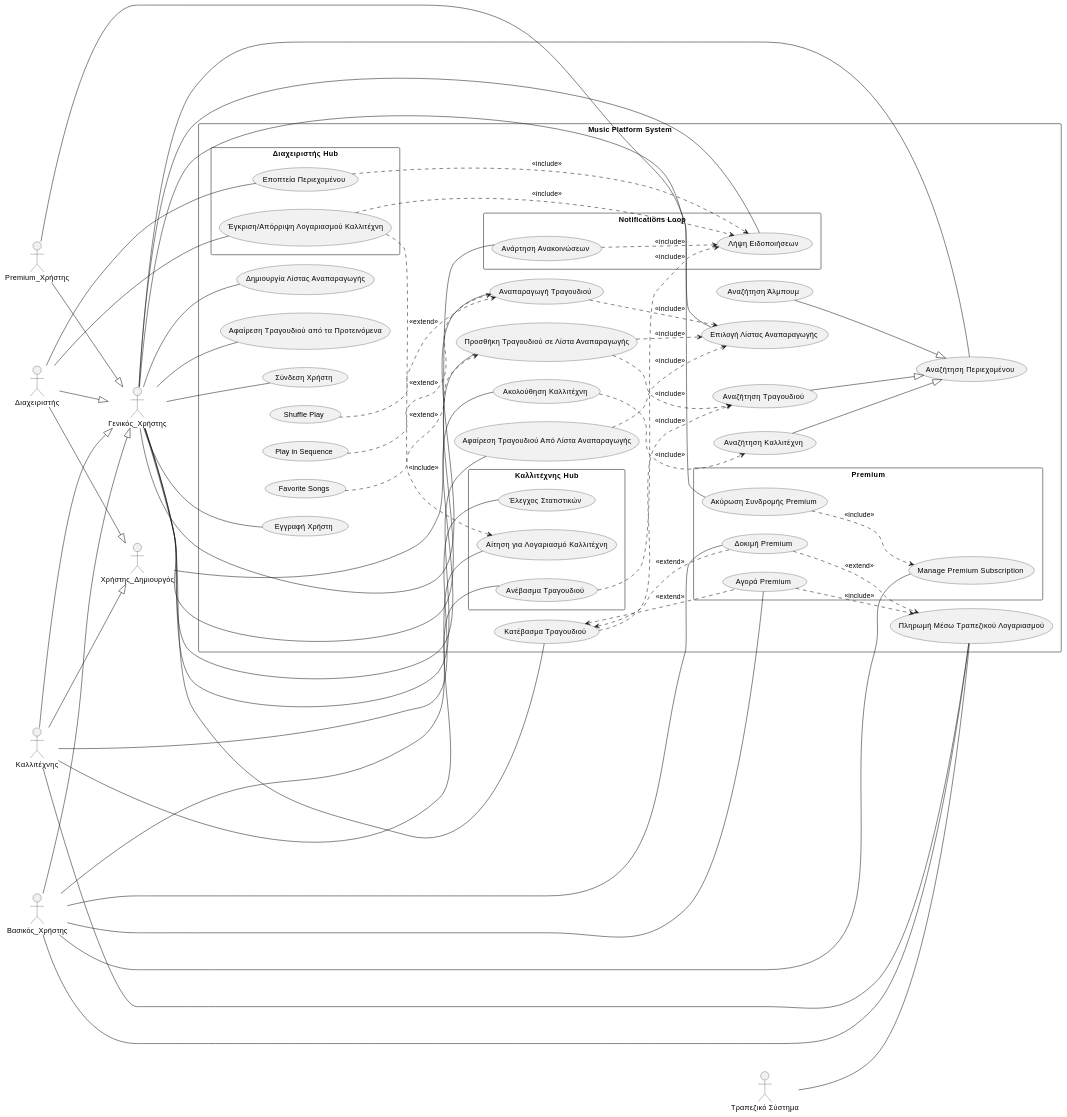
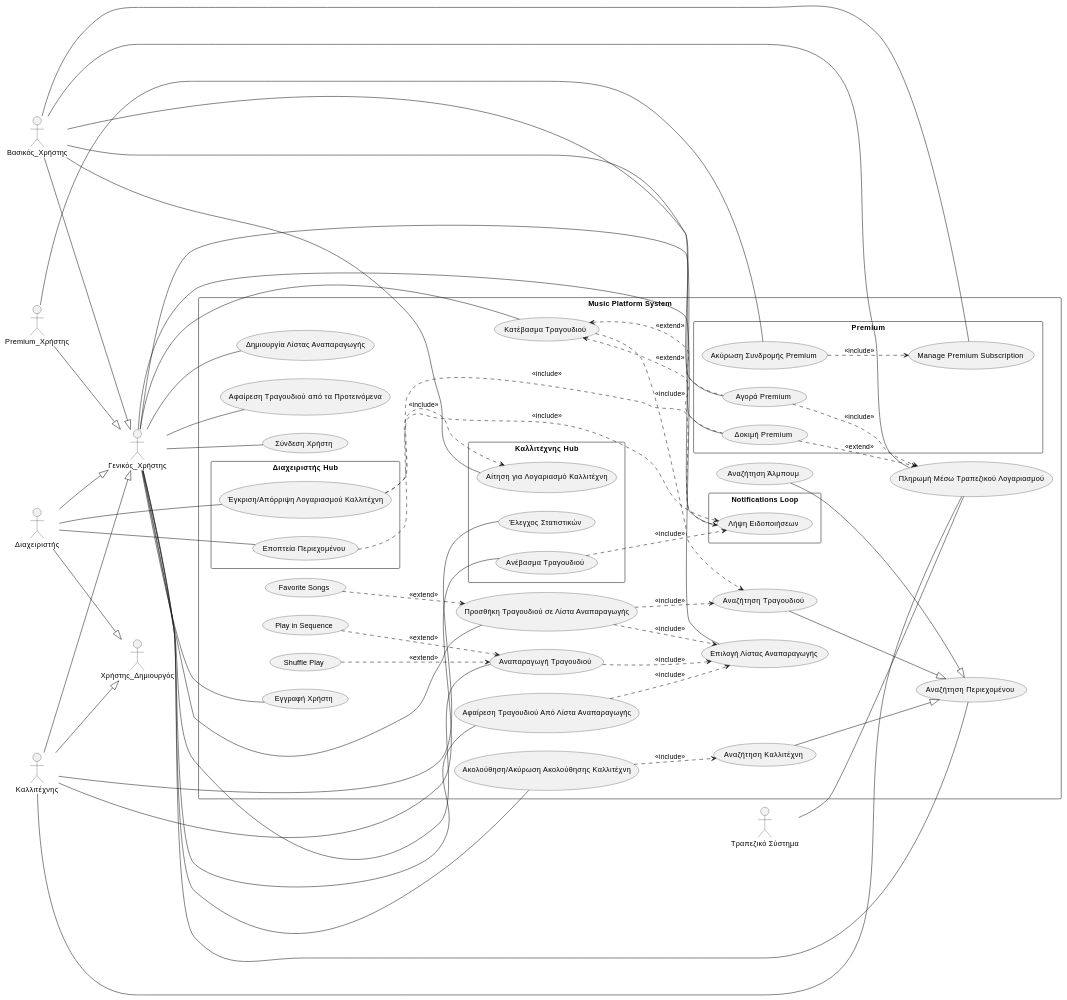
The diagram in Paradoteo_3/UseCases/Use-Cases-v0.4.md (RubenKingCP/Namify), drawn with PlantUML before and after one commit. The commit also changed other lines of this file and 10 other files, not shown here.

```diff
--- a/Paradoteo_3/UseCases/Use-Cases-v0.4.md
+++ b/Paradoteo_3/UseCases/Use-Cases-v0.4.md
@@ -73,7 +74,7 @@
 Γενικός_Χρήστης -- UC_RemoveRecommendations
 
 ' Follow Artist
-(Ακολούθηση Καλλιτέχνη) as UC_FollowArtist
+(Ακολούθηση/Ακύρωση Ακολούθησης Καλλιτέχνη) as UC_FollowArtist
 Γενικός_Χρήστης -- UC_FollowArtist
 
 UC_FollowArtist ..> UC_SearchArtist : <<include>>
@@ -142,14 +143,12 @@
 rectangle "Notifications Loop" {
 
 (Λήψη Ειδοποιήσεων) as UC_Notifications
-(Ανάρτηση Ανακοινώσεων) as UC_Announcements
+
 
 Γενικός_Χρήστης -- UC_Notifications
-Χρήστης_Δημιουργός -- UC_Announcements
 
 UC_ApproveArtist ..> UC_Notifications : <<include>>
 UC_UploadSong ..> UC_Notifications : <<include>>
-UC_Announcements ..> UC_Notifications : <<include>>
 UC_Moderation ..> UC_Notifications : <<include>>
 }
 
```
